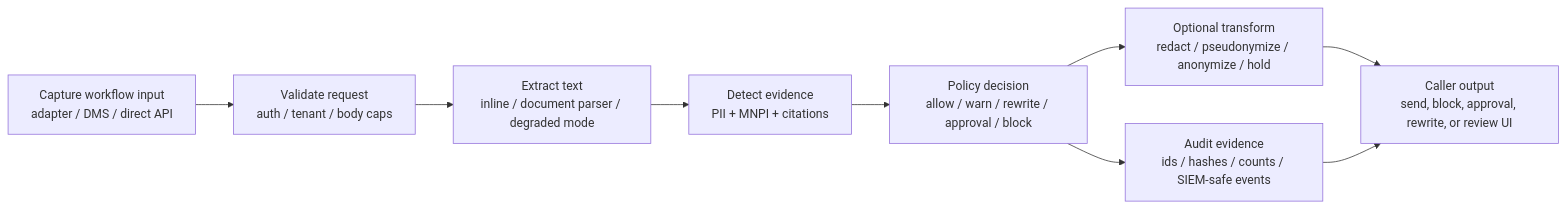
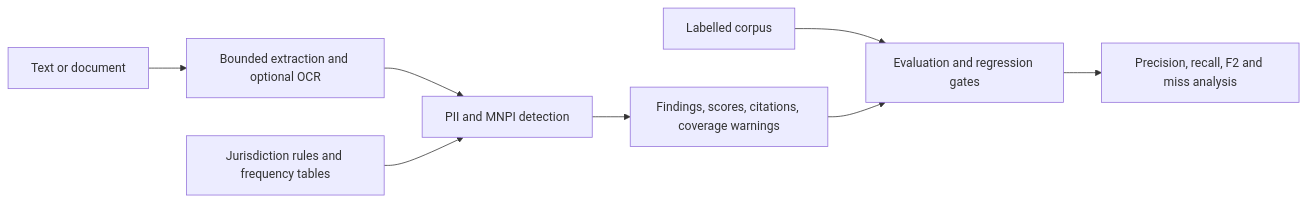
Before and after one commit to gongahkia/junas: the diagram in ARCHITECTURE.md, drawn with Mermaid. The commit also changed other lines of this file and 571 other files, not shown here.

````diff
--- a/ARCHITECTURE.md
+++ b/ARCHITECTURE.md
@@ -20,11 +5,10 @@
 ```mermaid
 flowchart LR
-    Capture[Capture workflow input<br/>adapter / DMS / direct API] --> Validate[Validate request<br/>auth / tenant / body caps]
-    Validate --> Extract[Extract text<br/>inline / document parser / degraded mode]
-    Extract --> Detect[Detect evidence<br/>PII + MNPI + citations]
-    Detect --> Decide[Policy decision<br/>allow / warn / rewrite / approval / block]
-    Decide --> Transform[Optional transform<br/>redact / pseudonymize / anonymize / hold]
-    Decide --> Evidence[Audit evidence<br/>ids / hashes / counts / SIEM-safe events]
-    Transform --> Output[Caller output<br/>send, block, approval, rewrite, or review UI]
-    Evidence --> Output
+    Input[Text or document] --> Extract[Bounded extraction and optional OCR]
+    Extract --> Engine[PII and MNPI detection]
+    Rules[Jurisdiction rules and frequency tables] --> Engine
+    Engine --> Result[Findings, scores, citations, coverage warnings]
+    Fixtures[Labelled corpus] --> Eval[Evaluation and regression gates]
+    Result --> Eval
+    Eval --> Reports[Precision, recall, F2 and miss analysis]
 ```
````
